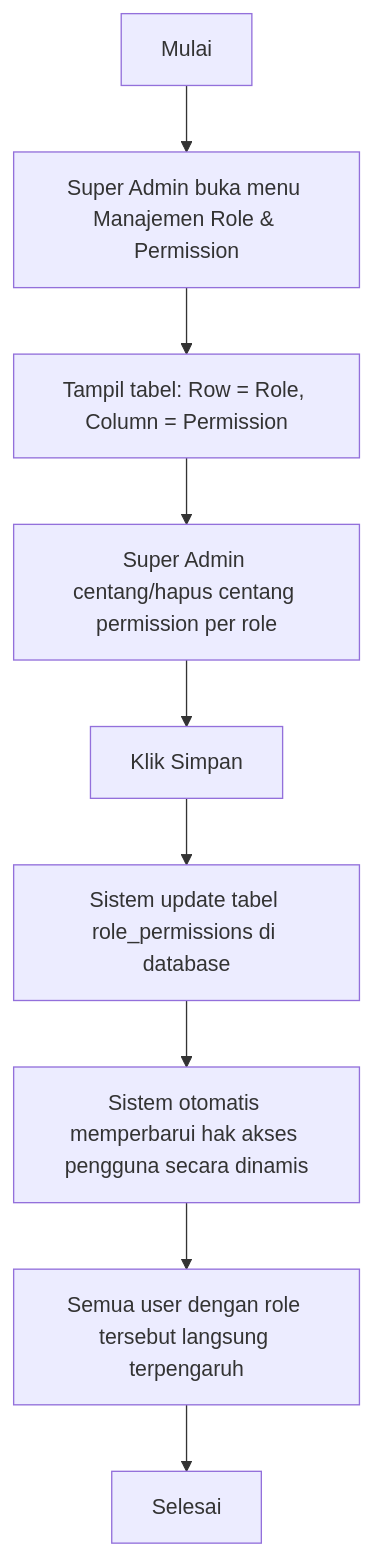
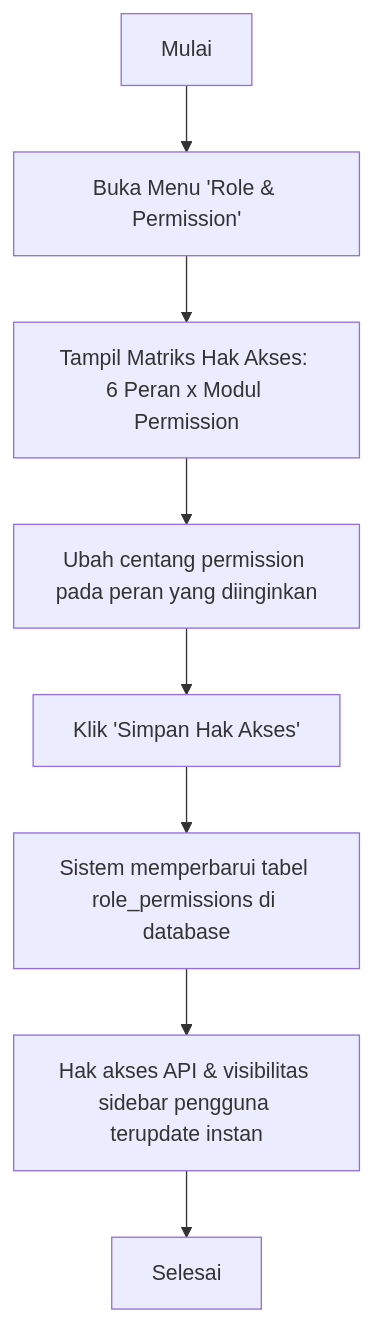
The second of 5 diagrams in docs/roles/super_admin.md (Araihan413/wargaku), drawn with Mermaid before and after one commit. The commit also changed other lines of this file and 24 other files, not shown here.

````diff
--- a/docs/roles/super_admin.md
+++ b/docs/roles/super_admin.md
@@ -92,11 +136,10 @@
 ```mermaid
 flowchart TD
-    A[Mulai] --> B[Super Admin buka menu Manajemen Role & Permission]
-    B --> C[Tampil tabel: Row = Role, Column = Permission]
-    C --> D[Super Admin centang/hapus centang permission per role]
-    D --> E[Klik Simpan]
-    E --> F[Sistem update tabel role_permissions di database]
-    F --> G[Sistem otomatis memperbarui hak akses pengguna secara dinamis]
-    G --> H[Semua user dengan role tersebut langsung terpengaruh]
-    H --> I[Selesai]
+    A[Mulai] --> B[Buka Menu 'Role & Permission']
+    B --> C[Tampil Matriks Hak Akses: 6 Peran x Modul Permission]
+    C --> D[Ubah centang permission pada peran yang diinginkan]
+    D --> E[Klik 'Simpan Hak Akses']
+    E --> F[Sistem memperbarui tabel role_permissions di database]
+    F --> G[Hak akses API & visibilitas sidebar pengguna terupdate instan]
+    G --> H[Selesai]
 ```
````
